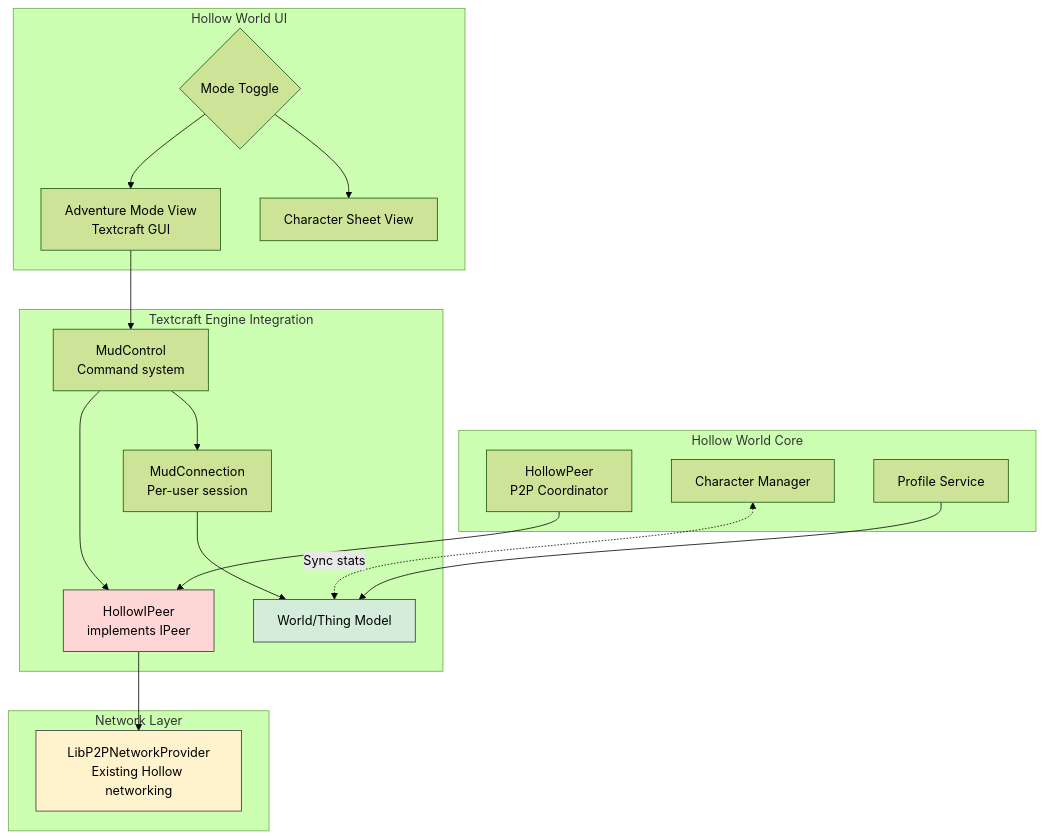
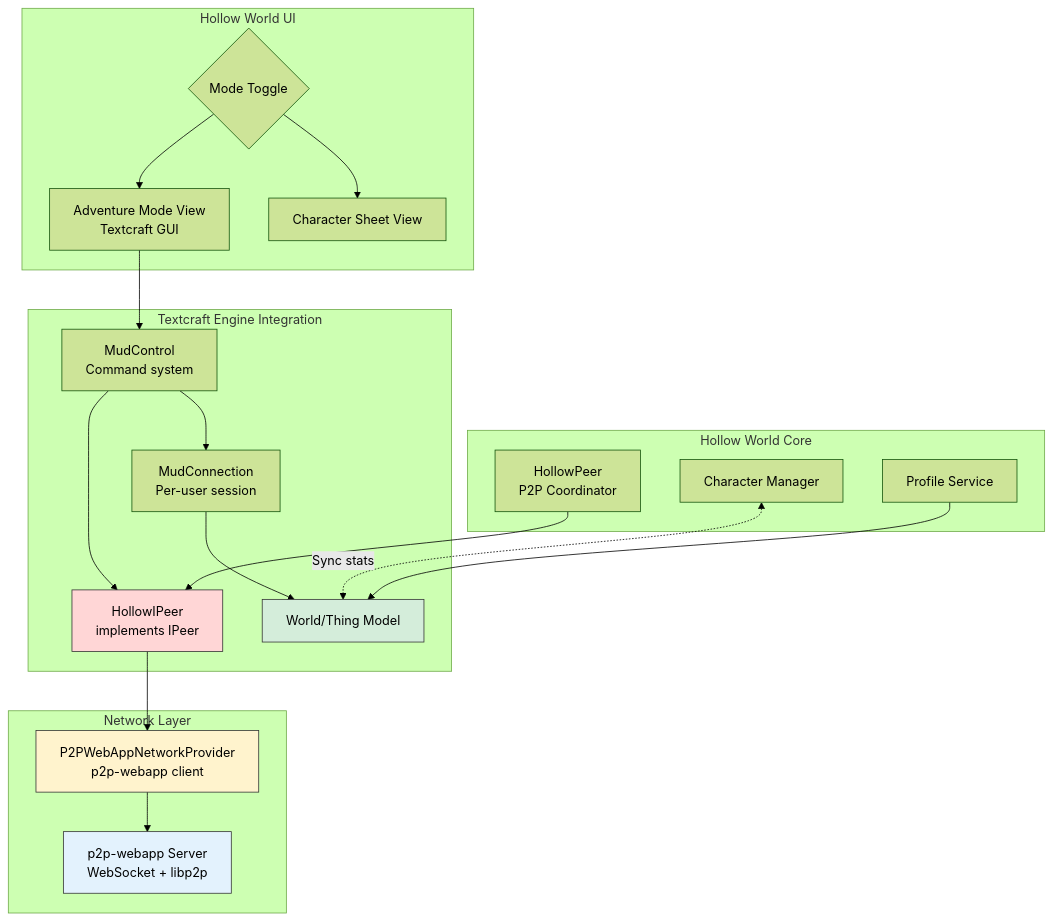
Before and after one commit to zot/hollow-world: the first of 4 diagrams in specs/integrate-textcraft.md, drawn with Mermaid (forest theme). The commit also changed other lines of this file and 296 other files, not shown here.

````diff
--- a/specs/integrate-textcraft.md
+++ b/specs/integrate-textcraft.md
@@ -61,44 +62,47 @@
 ```mermaid
 flowchart TD
     subgraph "Hollow World UI"
         CharSheet[Character Sheet View]
         AdventureMode[Adventure Mode View<br/>Textcraft GUI]
         ModeToggle{Mode Toggle}
     end
 
     subgraph "Hollow World Core"
         HollowPeer[HollowPeer<br/>P2P Coordinator]
         CharMgr[Character Manager]
         ProfileSvc[Profile Service]
     end
 
     subgraph "Textcraft Engine Integration"
         HollowIPeer[HollowIPeer<br/>implements IPeer]
         MudConn[MudConnection<br/>Per-user session]
         World[World/Thing Model]
         MudControl[MudControl<br/>Command system]
     end
 
     subgraph "Network Layer"
-        LibP2P[LibP2PNetworkProvider<br/>Existing Hollow networking]
+        P2PWebApp[P2PWebAppNetworkProvider<br/>p2p-webapp client]
+        P2PServer[p2p-webapp Server<br/>WebSocket + libp2p]
     end
 
     ModeToggle --> CharSheet
     ModeToggle --> AdventureMode
 
     AdventureMode --> MudControl
     MudControl --> MudConn
     MudConn --> World
 
     HollowPeer --> HollowIPeer
-    HollowIPeer --> LibP2P
+    HollowIPeer --> P2PWebApp
+    P2PWebApp --> P2PServer
 
     MudControl --> HollowIPeer
 
     CharMgr <-.->|Sync stats| World
     ProfileSvc --> World
 
     style HollowIPeer fill:#ffd6d6,stroke:#333,color:#000
     style World fill:#d4edda,stroke:#333,color:#000
-    style LibP2P fill:#fff3cd,stroke:#333,color:#000
+    style P2PWebApp fill:#fff3cd,stroke:#333,color:#000
+    style P2PServer fill:#e3f2fd,stroke:#333,color:#000
 ```
````
